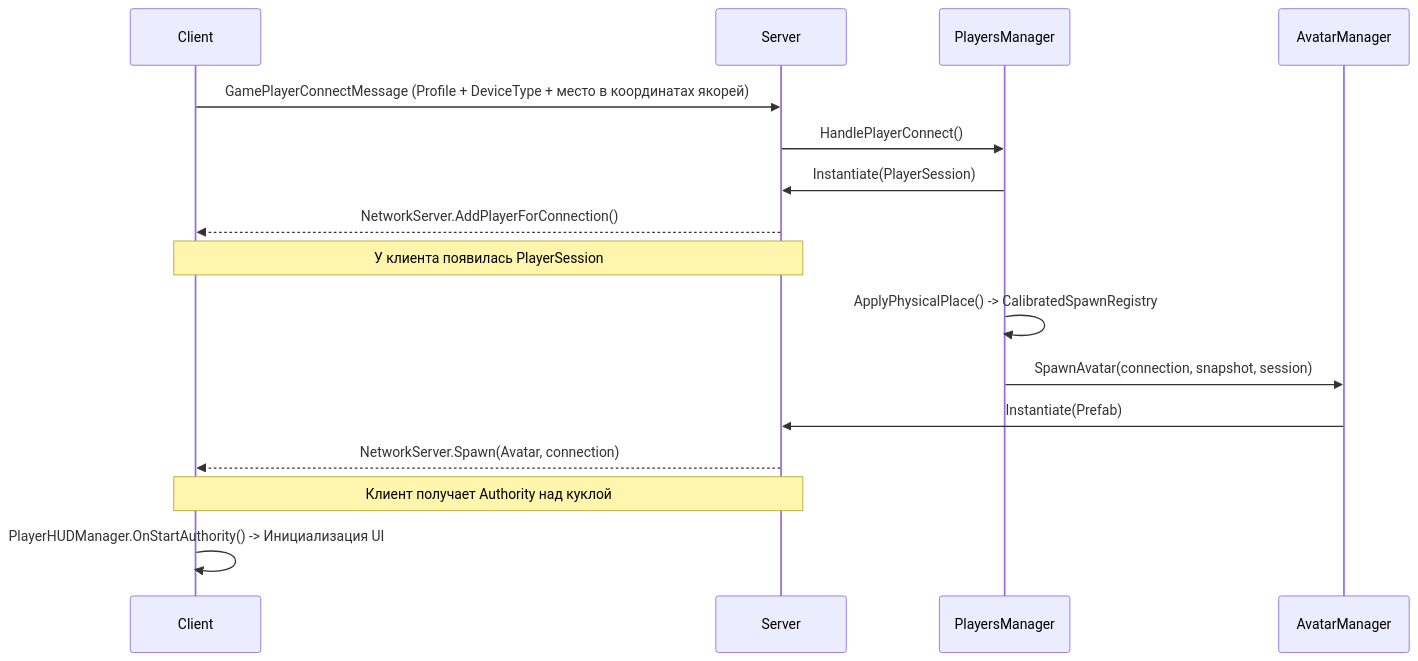
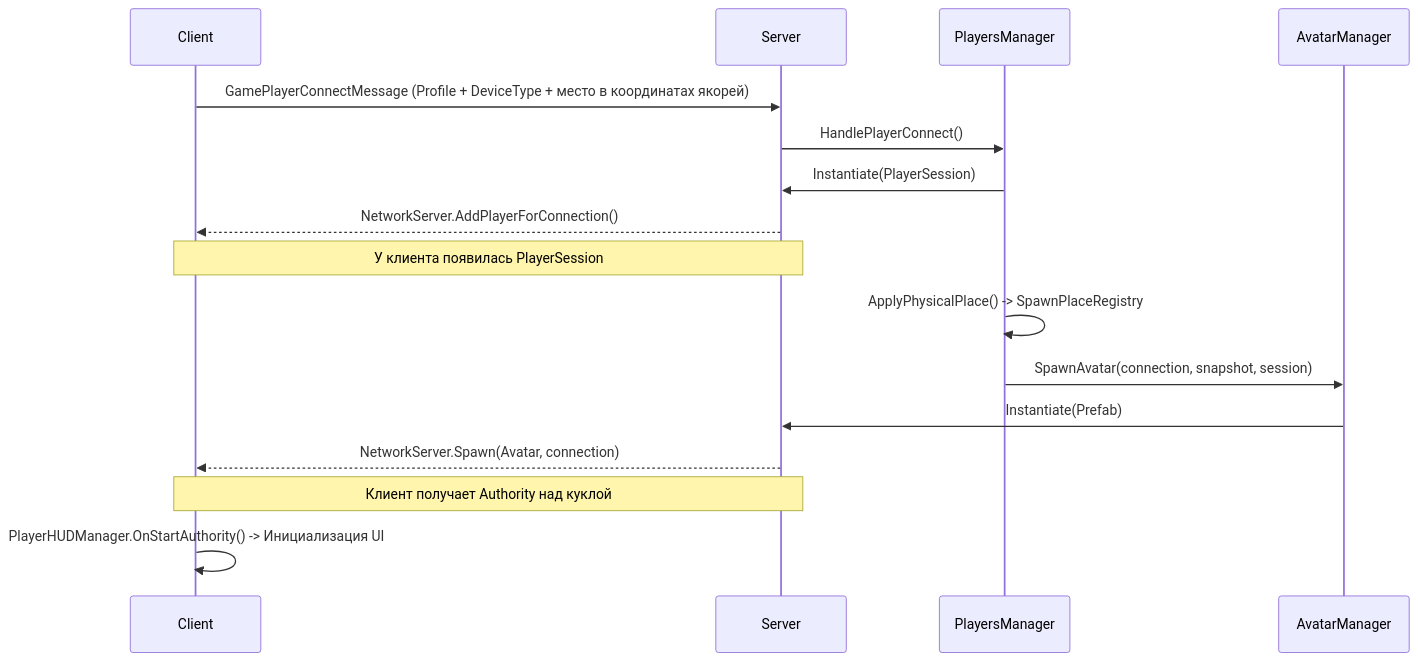
The diagram in Docs/session-architecture.md (askerpro/vr_battlegrounds_ai_v2), drawn with Mermaid before and after one commit. The commit also changed other lines of this file and 152 other files, not shown here.

````diff
--- a/Docs/session-architecture.md
+++ b/Docs/session-architecture.md
@@ -133,19 +135,19 @@
 ```mermaid
 sequenceDiagram
     participant C as Client
     participant S as Server
     participant PM as PlayersManager
     participant AM as AvatarManager
     
     C->>S: GamePlayerConnectMessage (Profile + DeviceType + место в координатах якорей)
     S->>PM: HandlePlayerConnect()
     PM->>S: Instantiate(PlayerSession)
     S-->>C: NetworkServer.AddPlayerForConnection()
     Note over C,S: У клиента появилась PlayerSession
-    PM->>PM: ApplyPhysicalPlace() -> CalibratedSpawnRegistry
+    PM->>PM: ApplyPhysicalPlace() -> SpawnPlaceRegistry
     PM->>AM: SpawnAvatar(connection, snapshot, session)
     AM->>S: Instantiate(Prefab)
     S-->>C: NetworkServer.Spawn(Avatar, connection)
     Note over C,S: Клиент получает Authority над куклой
     C->>C: PlayerHUDManager.OnStartAuthority() -> Инициализация UI
 ```
````
